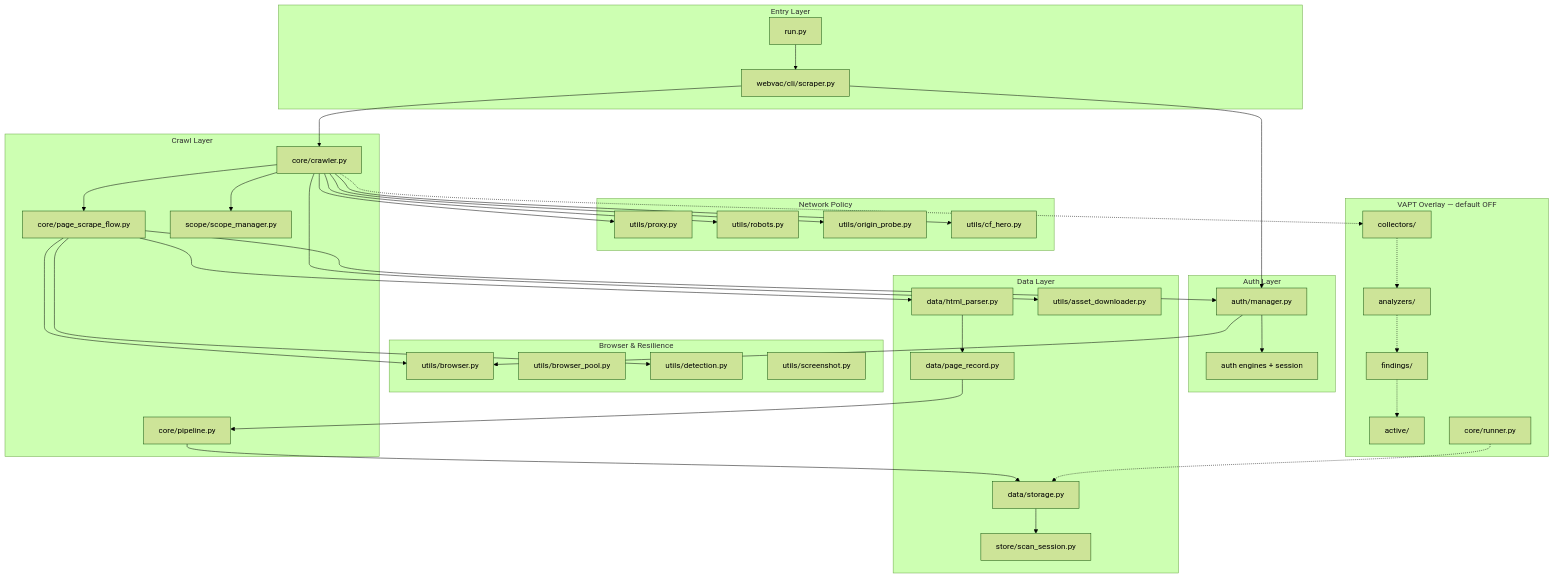
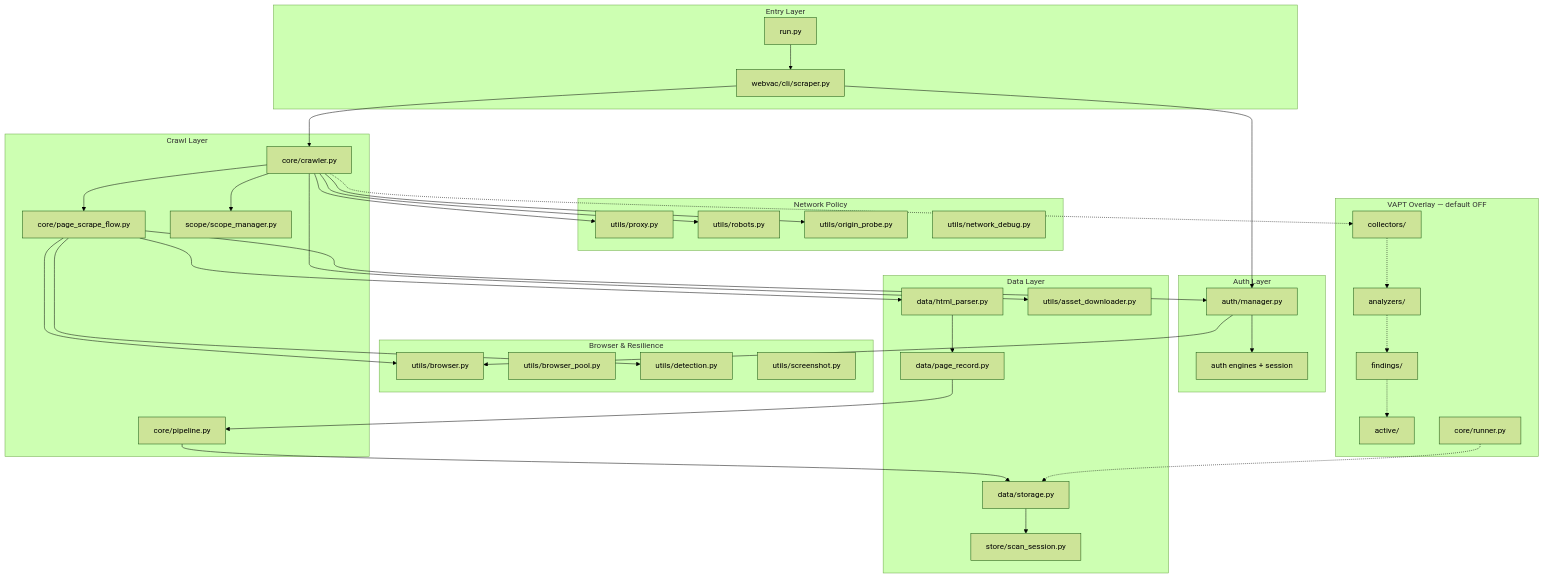
One commit to Shellghostt/WebVac changed the second of 5 diagrams in docs/ARCHITECTURE.md. Above: the diagram before and after it, drawn with Mermaid (forest theme). The commit also changed other lines of this file and 13 other files, not shown here.

````diff
--- a/docs/ARCHITECTURE.md
+++ b/docs/ARCHITECTURE.md
@@ -35,75 +34,74 @@
 ```mermaid
 flowchart TB
   subgraph entry [Entry Layer]
     RunPy[run.py]
     Scraper[webvac/cli/scraper.py]
   end
 
   subgraph authLayer [Auth Layer]
     AM[auth/manager.py]
     Engines[auth engines + session]
   end
 
   subgraph crawlLayer [Crawl Layer]
     Crawler[core/crawler.py]
     Flow[core/page_scrape_flow.py]
     Scope[scope/scope_manager.py]
     Pipe[core/pipeline.py]
   end
 
   subgraph browserLayer [Browser & Resilience]
     BM[utils/browser.py]
     Pool[utils/browser_pool.py]
     Det[utils/detection.py]
     Cap[utils/screenshot.py]
   end
 
   subgraph netLayer [Network Policy]
     Proxy[utils/proxy.py]
     Robots[utils/robots.py]
     Origin[utils/origin_probe.py]
-    CF[utils/cf_hero.py]
+    NetDbg[utils/network_debug.py]
   end
 
   subgraph dataLayer [Data Layer]
     Parse[data/html_parser.py]
     Rec[data/page_record.py]
     Store[data/storage.py]
     Scan[store/scan_session.py]
     Assets[utils/asset_downloader.py]
   end
 
   subgraph vaptLayer [VAPT Overlay — default OFF]
     Coll[collectors/]
     Ana[analyzers/]
     Find[findings/]
     Active[active/]
     Runner[core/runner.py]
   end
 
   RunPy --> Scraper
   Scraper --> AM
   Scraper --> Crawler
   AM --> Engines
   AM --> BM
   Crawler --> Flow
   Crawler --> Scope
   Flow --> BM
   Flow --> Det
   Flow --> AM
   Crawler --> Proxy
   Crawler --> Robots
   Crawler --> Origin
-  Crawler --> CF
   Flow --> Parse
   Parse --> Rec
   Rec --> Pipe
   Pipe --> Store
   Store --> Scan
   Crawler --> Assets
   Crawler -.-> Coll
   Coll -.-> Ana
   Ana -.-> Find
   Find -.-> Active
   Runner -.-> Store
 ```
````
